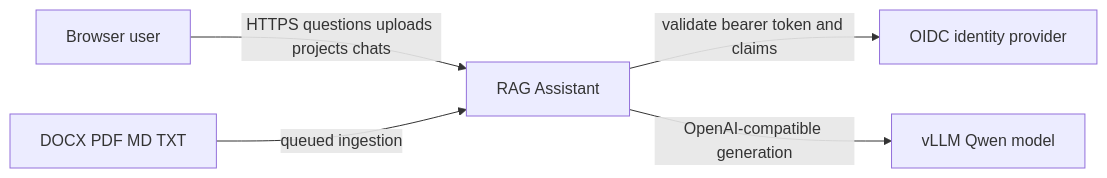
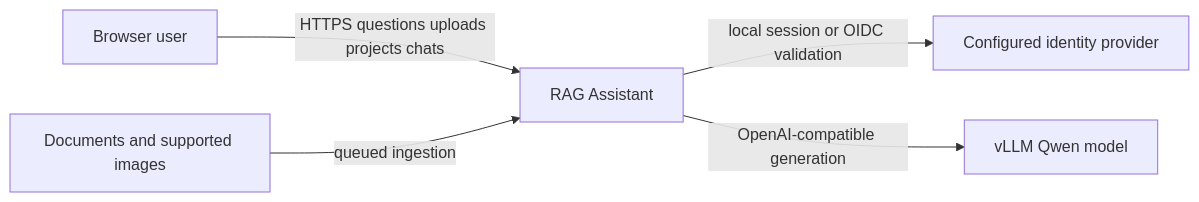
Before and after one commit to Gotrik1/rag_llm: the first of 3 diagrams in architecture.md, drawn with Mermaid. The commit also changed other lines of this file and 213 other files, not shown here.

````diff
--- a/architecture.md
+++ b/architecture.md
@@ -9,12 +9,12 @@
 ```mermaid
 flowchart LR
     U[Browser user]
     R[RAG Assistant]
-    I[OIDC identity provider]
-    D[DOCX PDF MD TXT]
+    I[Configured identity provider]
+    D[Documents and supported images]
     M[vLLM Qwen model]
     U -->|HTTPS questions uploads projects chats| R
-    R -->|validate bearer token and claims| I
+    R -->|local session or OIDC validation| I
     D -->|queued ingestion| R
     R -->|OpenAI-compatible generation| M
 ```
````
